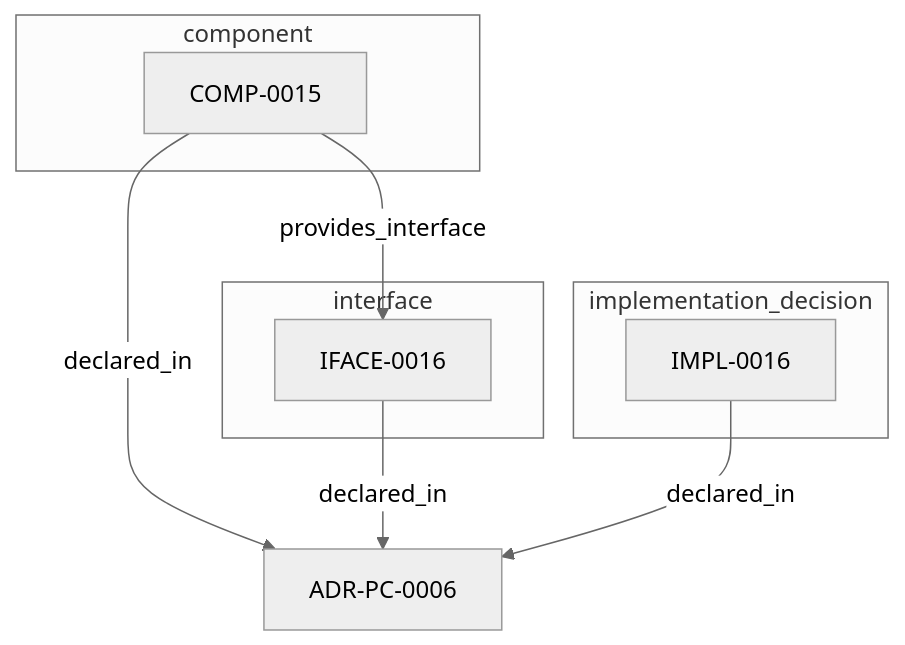
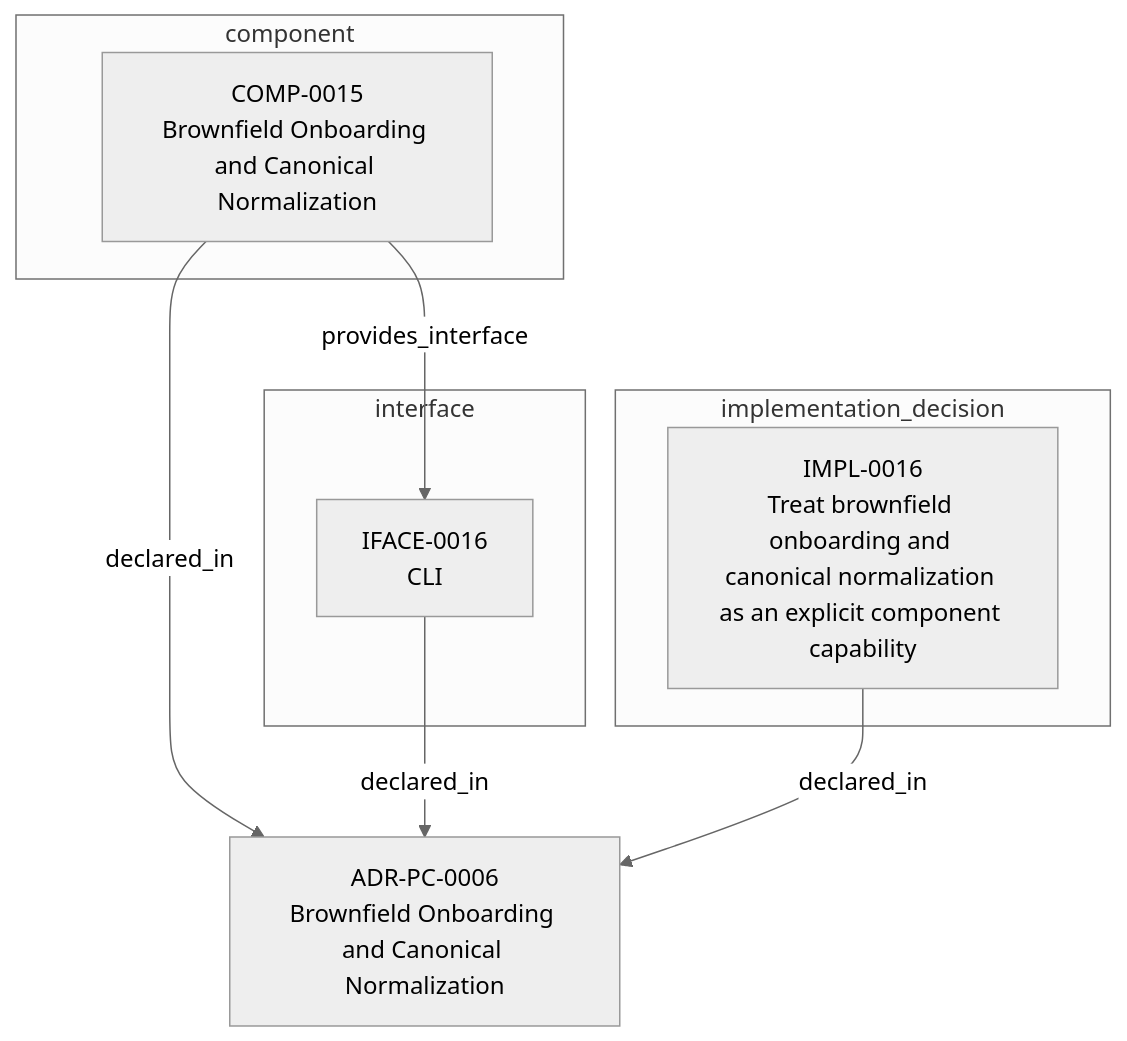
One commit to egallmann/adr-architecture-kit changed the second of 2 diagrams in adrs/adr-projection/physical-component/ADR-PC-0006-brownfield-onboarding-and-canonical-normalization.md. Above: the diagram before and after it, drawn with Mermaid (neutral theme). The commit also changed other lines of this file and 35 other files, not shown here.

````diff
--- a/adrs/adr-projection/physical-component/ADR-PC-0006-brownfield-onboarding-and-canonical-normalization.md
+++ b/adrs/adr-projection/physical-component/ADR-PC-0006-brownfield-onboarding-and-canonical-normalization.md
@@ -79,17 +126,17 @@
 ```mermaid
 flowchart TB
-  n_019fee89_e618_7787_b43f_a3e5cb264dd5["ADR-PC-0006"]
+  n_019fee89_e618_7787_b43f_a3e5cb264dd5["ADR-PC-0006<br/>Brownfield Onboarding and Canonical Normalization"]
   subgraph sg_component["component"]
-    n_019fee89_e618_7507_953e_19e6335e3b7a["COMP-0015"]
+    n_019fee89_e618_7507_953e_19e6335e3b7a["COMP-0015<br/>Brownfield Onboarding and Canonical Normalization"]
   end
   subgraph sg_interface["interface"]
-    n_019fee89_e618_7ad6_903b_955fab187e68["IFACE-0016"]
+    n_019fee89_e618_7ad6_903b_955fab187e68["IFACE-0016<br/>CLI"]
   end
   subgraph sg_implementation_decision["implementation_decision"]
-    n_019fee89_e618_7b21_ab3d_aaccdca13bfb["IMPL-0016"]
+    n_019fee89_e618_7b21_ab3d_aaccdca13bfb["IMPL-0016<br/>Treat brownfield onboarding and canonical normalization as an explicit component capability"]
   end
   n_019fee89_e618_7507_953e_19e6335e3b7a -->|"declared_in"| n_019fee89_e618_7787_b43f_a3e5cb264dd5
   n_019fee89_e618_7ad6_903b_955fab187e68 -->|"declared_in"| n_019fee89_e618_7787_b43f_a3e5cb264dd5
   n_019fee89_e618_7b21_ab3d_aaccdca13bfb -->|"declared_in"| n_019fee89_e618_7787_b43f_a3e5cb264dd5
   n_019fee89_e618_7507_953e_19e6335e3b7a -->|"provides_interface"| n_019fee89_e618_7ad6_903b_955fab187e68
 ```
````
